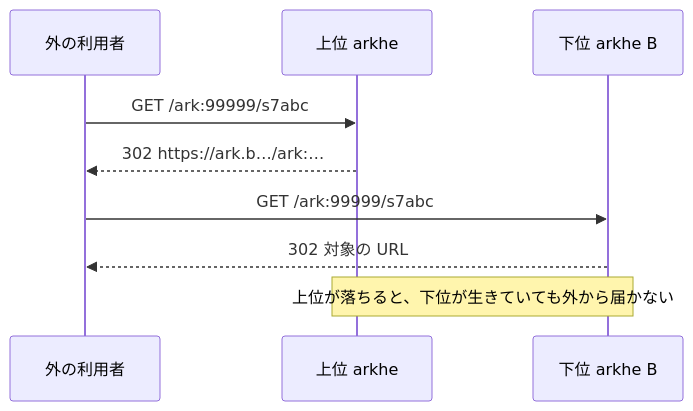
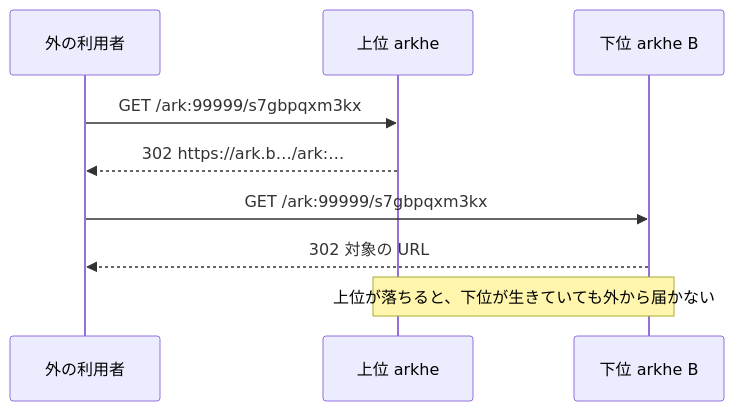
Before and after one commit to RCOSDP/arkhe: the seventh of 14 diagrams in docs/guides/federation.ja.md, drawn with Mermaid. The commit also changed other lines of this file and 29 other files, not shown here.

````diff
--- a/docs/guides/federation.ja.md
+++ b/docs/guides/federation.ja.md
@@ -157,11 +157,11 @@
 ```mermaid
 sequenceDiagram
     participant U as 外の利用者
     participant T as 上位 arkhe
     participant S as 下位 arkhe B
-    U->>T: GET /ark:99999/s7abc
+    U->>T: GET /ark:99999/s7gbpqxm3kx
     T-->>U: 302 https://ark.b…/ark:…
-    U->>S: GET /ark:99999/s7abc
+    U->>S: GET /ark:99999/s7gbpqxm3kx
     S-->>U: 302 対象の URL
     Note over T,S: 上位が落ちると、下位が生きていても外から届かない
 ```
````
